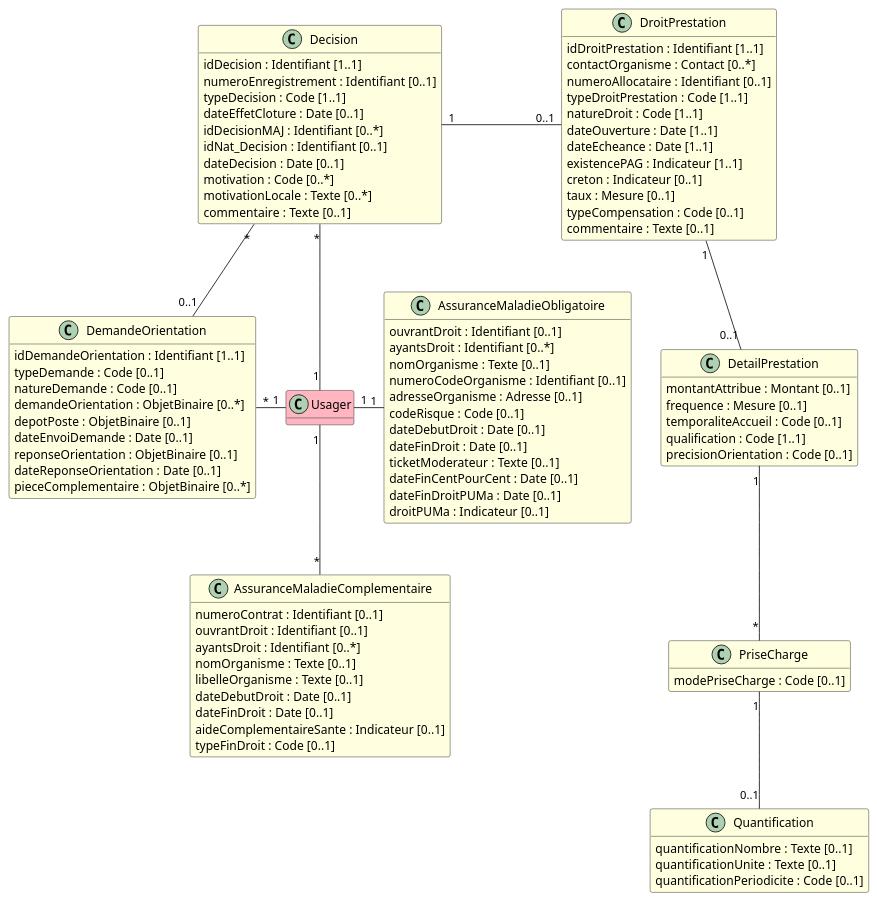
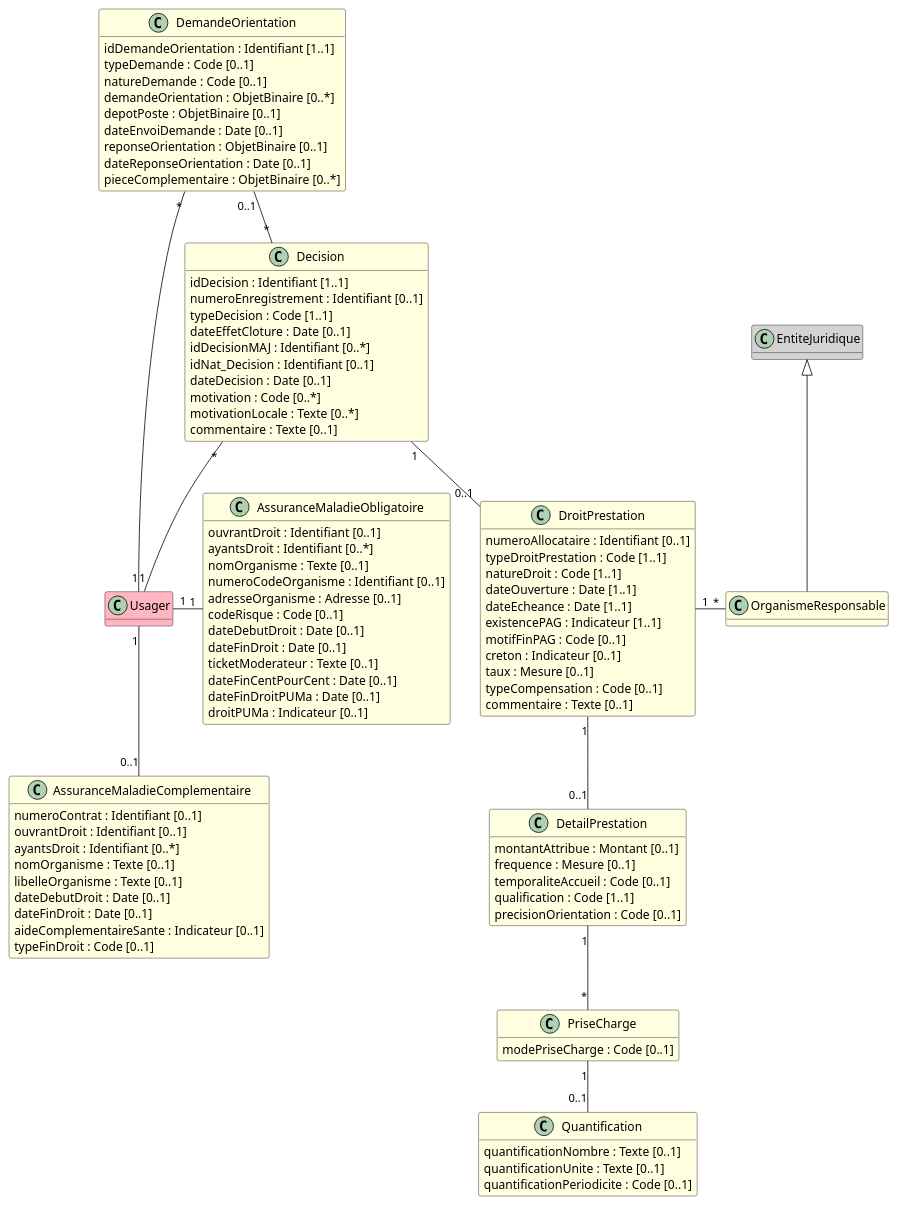
Before and after one commit to ansforge/IG-fhir-medicosocial-transfert-donnees-dui: the diagram in input/images-source/bloc_droits_sociaux_sante.plantuml, drawn with PlantUML. The commit also changed 1 other file, not shown here.

Commit message:
lot3 droit

```diff
--- a/input/images-source/bloc_droits_sociaux_sante.plantuml
+++ b/input/images-source/bloc_droits_sociaux_sante.plantuml
@@ -1,104 +1,110 @@
 @startuml
 
 hide empty methods
 
 class Usager #LightPink
+
+class EntiteJuridique #LightGray
+class OrganismeResponsable #LightYellow
 
 class AssuranceMaladieComplementaire #LightYellow {
     numeroContrat : Identifiant [0..1]
     ouvrantDroit : Identifiant [0..1]
     ayantsDroit : Identifiant [0..*]
     nomOrganisme : Texte [0..1]
     libelleOrganisme : Texte [0..1]
     dateDebutDroit : Date [0..1]
     dateFinDroit : Date [0..1]
     aideComplementaireSante : Indicateur [0..1]
     typeFinDroit : Code [0..1]
 
 }
 
 class AssuranceMaladieObligatoire #LightYellow {
     ouvrantDroit : Identifiant [0..1]
     ayantsDroit : Identifiant [0..*]
     nomOrganisme : Texte [0..1]
     numeroCodeOrganisme : Identifiant [0..1]
     adresseOrganisme : Adresse [0..1]
     codeRisque : Code [0..1]
     dateDebutDroit : Date [0..1]
     dateFinDroit : Date [0..1]
     ticketModerateur : Texte [0..1]
     dateFinCentPourCent : Date [0..1]
     dateFinDroitPUMa : Date [0..1]
     droitPUMa : Indicateur [0..1]
 }
 
 class DemandeOrientation #LightYellow {
     idDemandeOrientation : Identifiant [1..1]
     typeDemande : Code [0..1] 
     natureDemande : Code [0..1] 
     demandeOrientation : ObjetBinaire [0..*]
     depotPoste : ObjetBinaire [0..1]
     dateEnvoiDemande : Date [0..1]
     reponseOrientation : ObjetBinaire [0..1]
     dateReponseOrientation : Date [0..1]
     pieceComplementaire : ObjetBinaire [0..*]
 }
 
 class Decision #LightYellow {
     idDecision : Identifiant [1..1]
     numeroEnregistrement : Identifiant [0..1]
     typeDecision : Code [1..1]
     dateEffetCloture : Date [0..1]
     idDecisionMAJ : Identifiant [0..*]
     idNat_Decision : Identifiant [0..1]
     dateDecision : Date [0..1]
     motivation : Code [0..*]
     motivationLocale : Texte [0..*]
     commentaire : Texte [0..1]
 }
 
 class DroitPrestation #LightYellow {
-    idDroitPrestation : Identifiant [1..1]
-    contactOrganisme : Contact [0..*]
     numeroAllocataire : Identifiant [0..1]
     typeDroitPrestation : Code [1..1]
     natureDroit : Code [1..1]
     dateOuverture : Date [1..1]
     dateEcheance : Date [1..1]
     existencePAG : Indicateur [1..1]
+    motifFinPAG : Code [0..1]
     creton : Indicateur [0..1]
     taux : Mesure [0..1] 
     typeCompensation : Code [0..1]
     commentaire : Texte [0..1]
 }
 
 class DetailPrestation #LightYellow {
     montantAttribue : Montant [0..1]
     frequence : Mesure [0..1]
     temporaliteAccueil : Code [0..1]
     qualification : Code [1..1]
     precisionOrientation : Code [0..1]
 }
 
 class PriseCharge #LightYellow {
     modePriseCharge : Code [0..1]
 }
 
 class Quantification #LightYellow {
     quantificationNombre : Texte [0..1]
     quantificationUnite : Texte [0..1]
     quantificationPeriodicite : Code [0..1]
 }
 
-Usager "1" -- "*"  AssuranceMaladieComplementaire
-Usager "1" - "1" AssuranceMaladieObligatoire
-Decision "*" - "1" Usager
+Decision "*" -- "1" Usager
 DemandeOrientation "*" - "1" Usager
-Decision "*" -- "0..1" DemandeOrientation
 
-Decision "1" - "0..1" DroitPrestation
+DemandeOrientation "0..1" -- "*" Decision
+
+Decision "1" -- "0..1" DroitPrestation
+EntiteJuridique <|-- OrganismeResponsable
+DroitPrestation "1" - "*" OrganismeResponsable
+
 DroitPrestation "1" -- "0..1" DetailPrestation
 DetailPrestation "1" -- "*" PriseCharge
 PriseCharge "1" -- "0..1" Quantification
 
+Usager "1" -- "0..1"  AssuranceMaladieComplementaire
+Usager "1" - "1" AssuranceMaladieObligatoire
 @enduml
```
